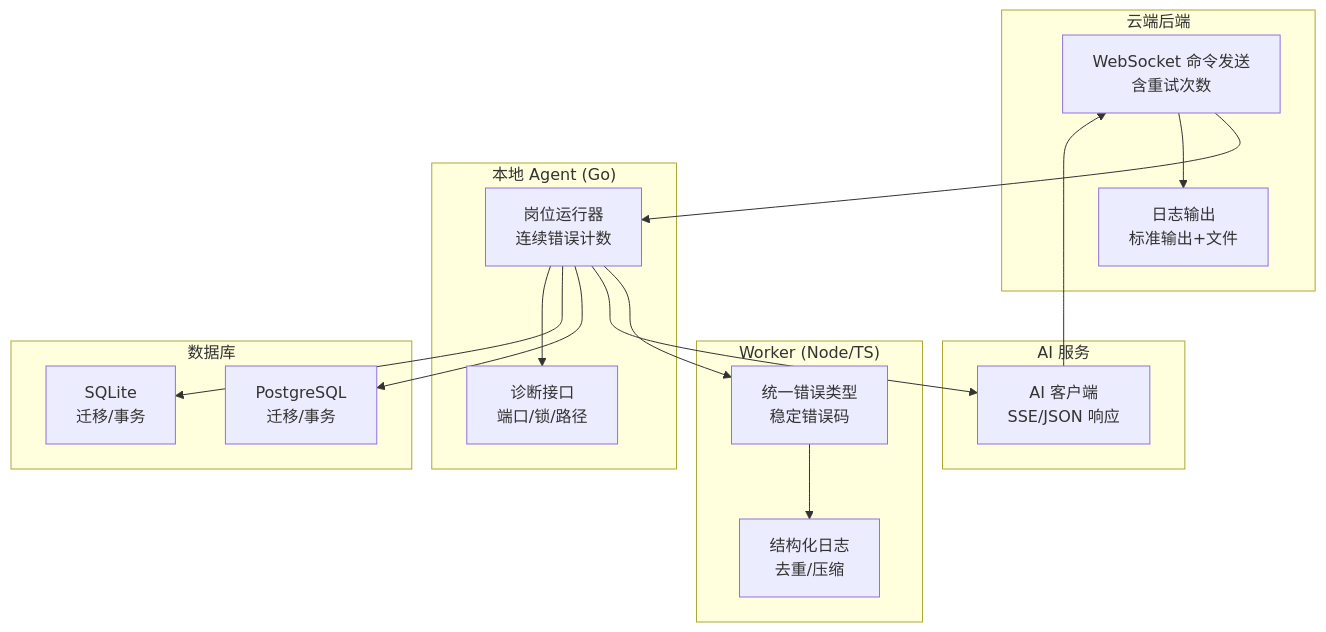
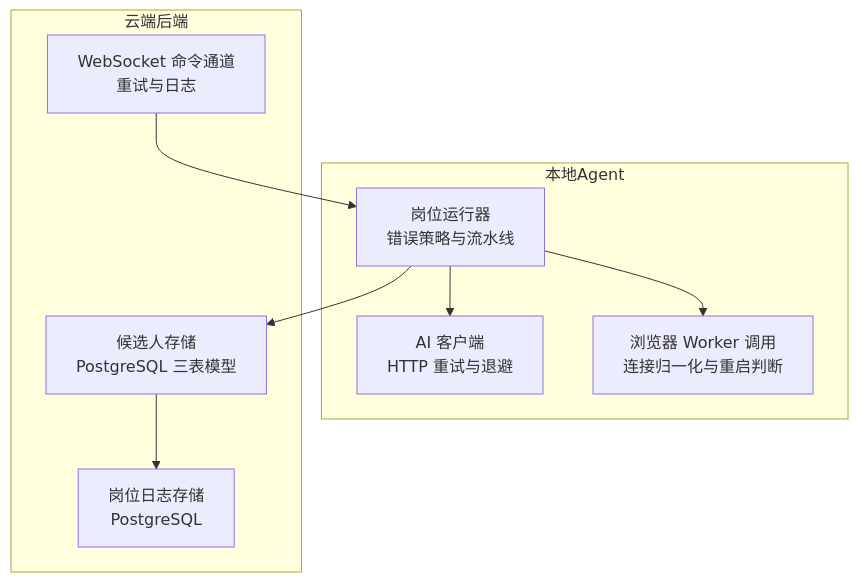
Before and after one commit to alvinwangzi/goodhr: the first of 8 diagrams in .qoder/repowiki/zh/content/云端后端服务/候选人处理系统/候选人数据摄入/错误处理和重试机制.md, drawn with Mermaid. The commit also changed other lines of this file and 149 other files, not shown here.

````diff
--- a/.qoder/repowiki/zh/content/云端后端服务/候选人处理系统/候选人数据摄入/错误处理和重试机制.md
+++ b/.qoder/repowiki/zh/content/云端后端服务/候选人处理系统/候选人数据摄入/错误处理和重试机制.md
@@ -45,31 +39,18 @@
 ```mermaid
 graph TB
+subgraph "本地Agent"
+PR["岗位运行器<br/>错误策略与流水线"]
+AI["AI 客户端<br/>HTTP 重试与退避"]
+BR["浏览器 Worker 调用<br/>连接归一化与重启判断"]
+end
 subgraph "云端后端"
-WS["WebSocket 命令发送<br/>含重试次数"]
-LOG["日志输出<br/>标准输出+文件"]
+CS["候选人存储<br/>PostgreSQL 三表模型"]
+PL["岗位日志存储<br/>PostgreSQL"]
+WS["WebSocket 命令通道<br/>重试与日志"]
 end
-subgraph "本地 Agent (Go)"
-Runner["岗位运行器<br/>连续错误计数"]
-Diag["诊断接口<br/>端口/锁/路径"]
-end
-subgraph "Worker (Node/TS)"
-WErr["统一错误类型<br/>稳定错误码"]
-WLog["结构化日志<br/>去重/压缩"]
-end
-subgraph "AI 服务"
-AIC["AI 客户端<br/>SSE/JSON 响应"]
-end
-subgraph "数据库"
-PG["PostgreSQL<br/>迁移/事务"]
-SQL["SQLite<br/>迁移/事务"]
-end
-WS --> Runner
-Runner --> WErr
-WErr --> WLog
-Runner --> AIC
-AIC --> WS
-Runner --> PG
-Runner --> SQL
-Runner --> Diag
-WS --> LOG
+PR --> AI
+PR --> BR
+PR --> CS
+CS --> PL
+WS --> PR
 ```
````
